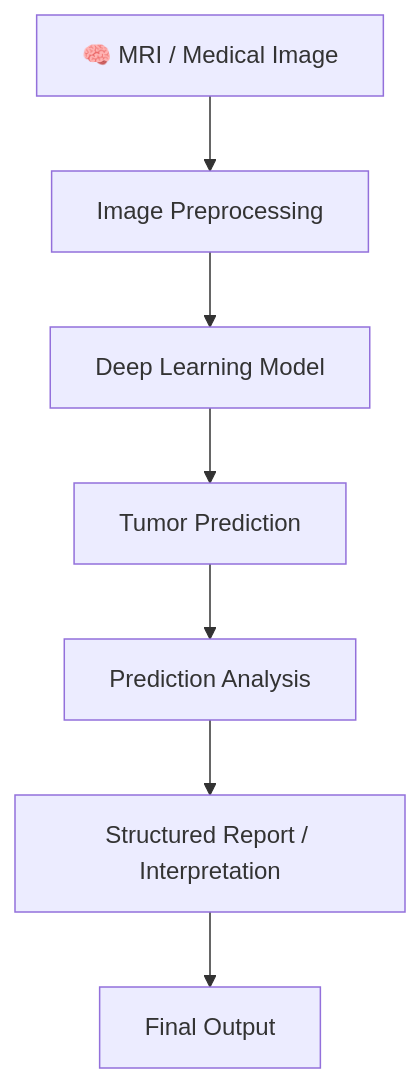
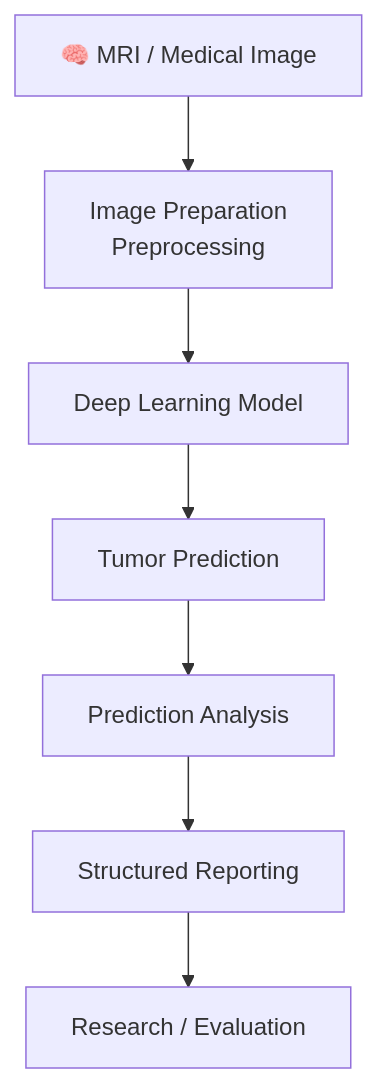
The first of 4 diagrams in README.md (ShlokMishra01/Advanced-Brain-tumor-detection-model), drawn with Mermaid before and after one commit. The commit also changed other lines of this file, not shown here.

````diff
--- a/README.md
+++ b/README.md
@@ -148,9 +155,24 @@
 ```mermaid
-flowchart TD
-    A["🧠 MRI / Medical Image"] --> B["Image Preprocessing"]
-    B --> C["Deep Learning Model"]
-    C --> D["Tumor Prediction"]
-    D --> E["Prediction Analysis"]
-    E --> F["Structured Report / Interpretation"]
-    F --> G["Final Output"]
+flowchart TB
+
+    A["🧠 MRI / Medical Image"]
+
+    B["Image Preparation<br/>Preprocessing"]
+
+    C["Deep Learning Model"]
+
+    D["Tumor Prediction"]
+
+    E["Prediction Analysis"]
+
+    F["Structured Reporting"]
+
+    G["Research / Evaluation"]
+
+    A --> B
+    B --> C
+    C --> D
+    D --> E
+    E --> F
+    F --> G
 ```
````
